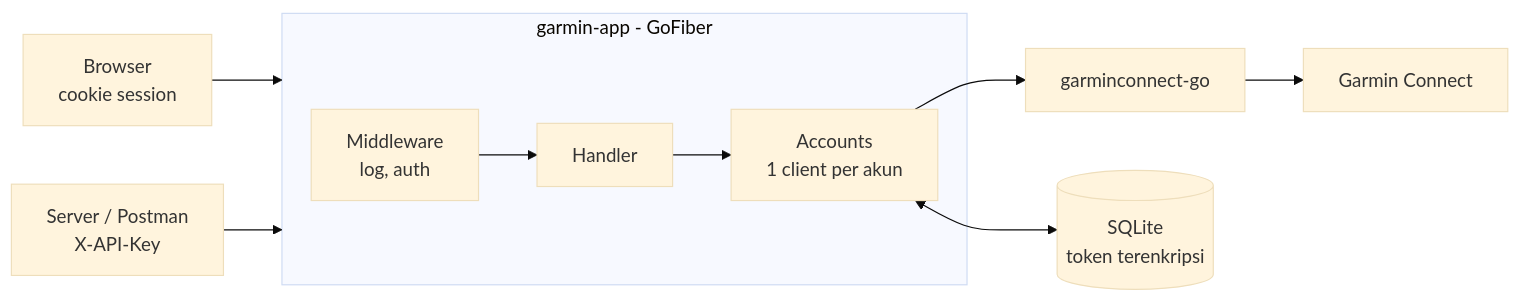
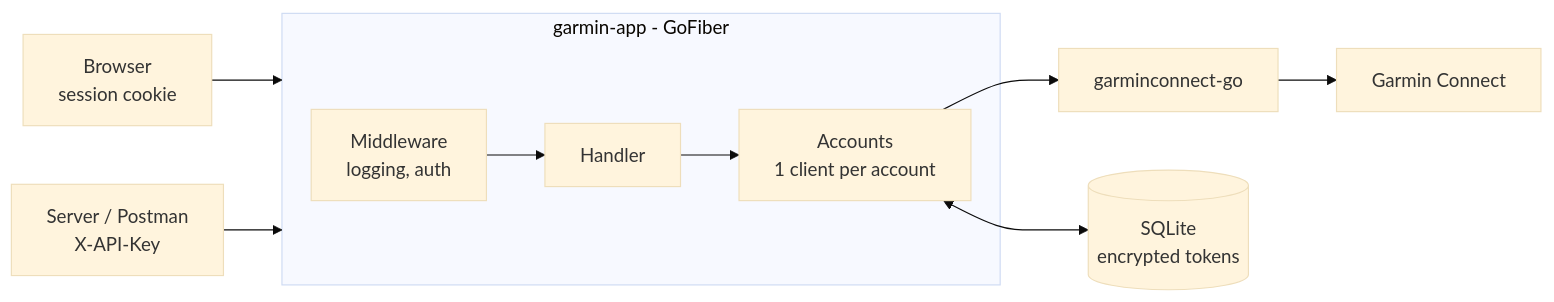
The diagram in README.md (katarsisxyz/garmin-app), drawn with Mermaid (base theme) before and after one commit. The commit also changed other lines of this file and 1 other file, not shown here.

````diff
--- a/README.md
+++ b/README.md
@@ -64,10 +66,10 @@
 ```mermaid
 flowchart LR
-    B[Browser<br/>cookie session] --> F
+    B[Browser<br/>session cookie] --> F
     C[Server / Postman<br/>X-API-Key] --> F
     subgraph F[garmin-app - GoFiber]
-        M[Middleware<br/>log, auth] --> H[Handler] --> A[Accounts<br/>1 client per akun]
+        M[Middleware<br/>logging, auth] --> H[Handler] --> A[Accounts<br/>1 client per account]
     end
     A --> L[garminconnect-go] --> G[Garmin Connect]
-    A <--> T[(SQLite<br/>token terenkripsi)]
+    A <--> T[(SQLite<br/>encrypted tokens)]
 ```
````
